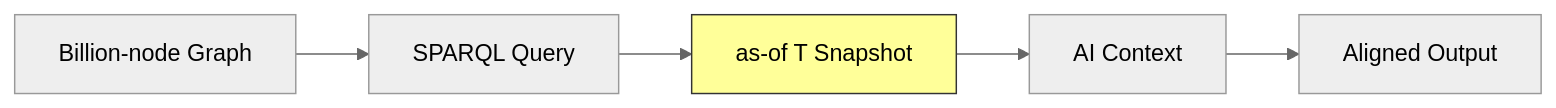
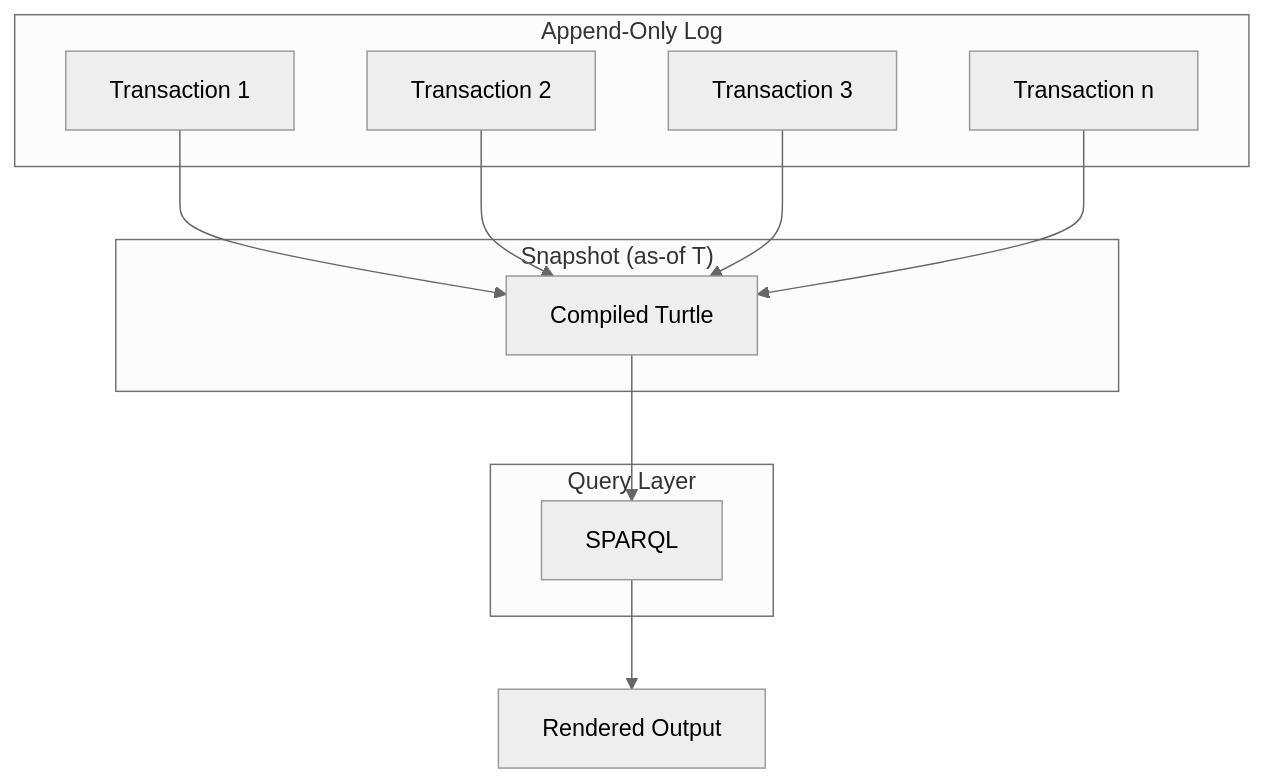
Before and after one commit to Synthetic-Identity-Co/conj-talk-2025: the fourth of 6 diagrams in presenter.md, drawn with Mermaid (neutral theme). The commit also changed other lines of this file, not shown here.

````diff
--- a/presenter.md
+++ b/presenter.md
@@ -193,9 +279,24 @@
 ```mermaid
-graph LR
-    A[Billion-node Graph] --> B[SPARQL Query]
-    B --> C[as-of T Snapshot]
-    C --> D[AI Context]
-    D --> E[Aligned Output]
+graph TB
+    subgraph "Append-Only Log"
+        T1[Transaction 1]
+        T2[Transaction 2]
+        T3[Transaction 3]
+        Tn[Transaction n]
+    end
     
-    style C fill:#ff9,stroke:#333
+    subgraph "Snapshot (as-of T)"
+        S[Compiled Turtle]
+    end
+    
+    subgraph "Query Layer"
+        Q[SPARQL]
+    end
+    
+    T1 --> S
+    T2 --> S
+    T3 --> S
+    Tn --> S
+    S --> Q
+    Q --> R[Rendered Output]
 ```
````
